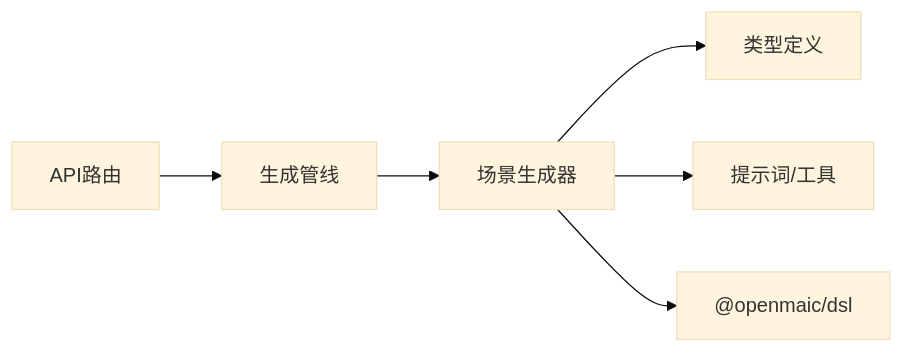
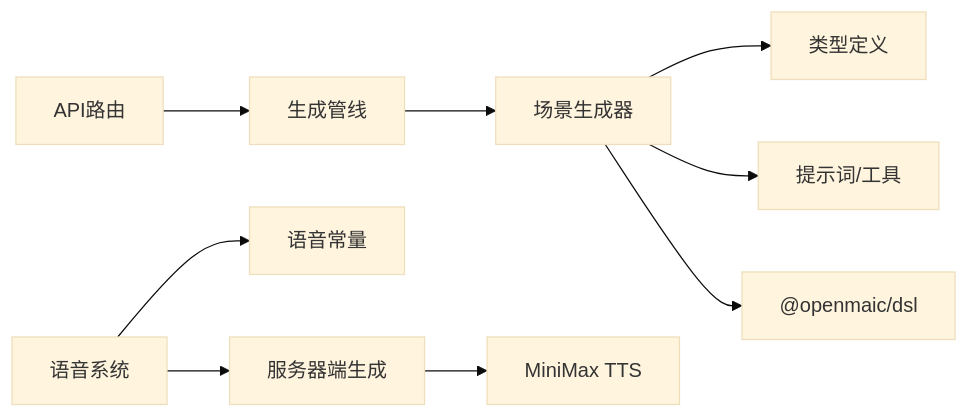
One commit to huangboheng/OpenMAIC changed the fourth of 4 diagrams in .qoder/repowiki/zh/content/核心功能/课程生成系统/场景生成器/场景生成器.md. Above: the diagram before and after it, drawn with Mermaid (base theme). The commit also changed other lines of this file and 9 other files, not shown here.

````diff
--- a/.qoder/repowiki/zh/content/核心功能/课程生成系统/场景生成器/场景生成器.md
+++ b/.qoder/repowiki/zh/content/核心功能/课程生成系统/场景生成器/场景生成器.md
@@ -307,8 +370,11 @@
 ```mermaid
 graph LR
 API["API路由"] --> Pipeline["生成管线"]
 Pipeline --> Generator["场景生成器"]
 Generator --> Types["类型定义"]
 Generator --> Utils["提示词/工具"]
 Generator --> DSL["@openmaic/dsl"]
+VoiceSystem["语音系统"] --> Constants["语音常量"]
+VoiceSystem --> ServerGen["服务器端生成"]
+ServerGen --> MiniMax["MiniMax TTS"]
 ```
````
